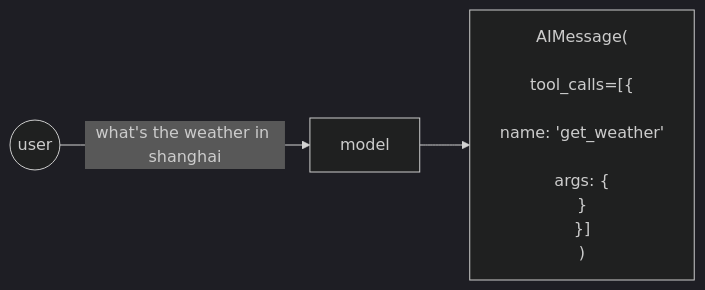
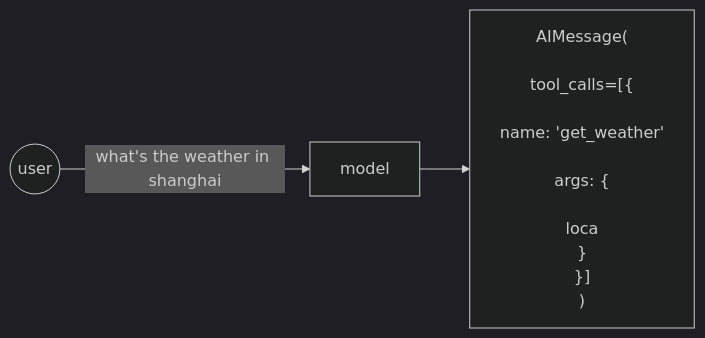
Before and after one commit to ka1fe1/iodraw-files: the diagram in all/未命名-28.md, drawn with Mermaid (dark theme).

Commit message:
2024-10-22 17:45:41 update

````diff
--- a/all/未命名-28.md
+++ b/all/未命名-28.md
@@ -1,13 +1,15 @@
 ```mermaid
 flowchart LR
     s1((user))
     s2["model"]
     s3["AIMessage(<br>
         tool_calls=[{<br>
             name: 'get_weather'<br>
-            args: {<br>}
+            args: {<br>
+                loca
+            }
         }]
     )"]
 
     s1 -->|what's the weather in shanghai| s2 --> s3
 ```
````
